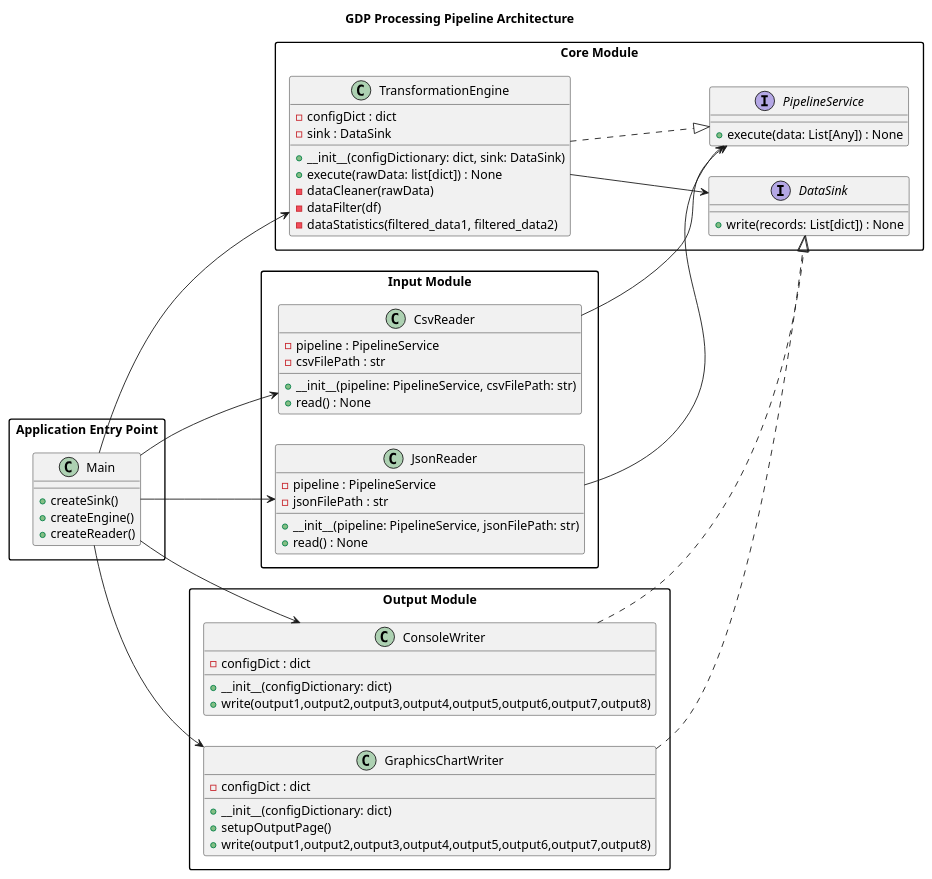
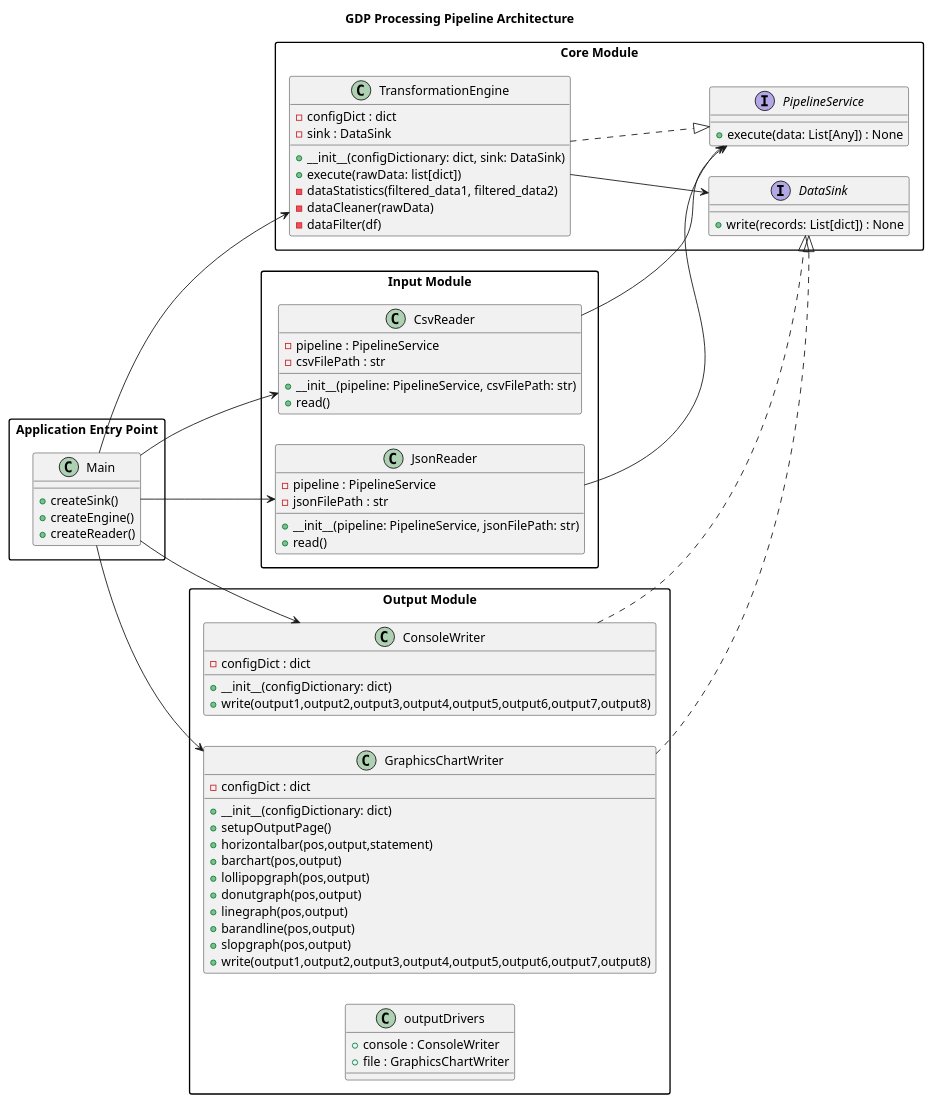
One commit to Laiba-Atiq/Functional-GDP-Analysis-Python changed the diagram in architecture.puml. Above: the diagram before and after it, drawn with PlantUML. The commit also changed 1 other file, not shown here.

Commit message:
corrected uml file

```diff
--- a/architecture.puml
+++ b/architecture.puml
@@ -1,85 +1,97 @@
 @startuml
 title GDP Processing Pipeline Architecture
 
 left to right direction
 skinparam packageStyle rectangle
 
 package "Core Module" {
 
     interface PipelineService {
         +execute(data: List[Any]) : None
     }
 
     interface DataSink {
         +write(records: List[dict]) : None
     }
 
     class TransformationEngine {
         -configDict : dict
         -sink : DataSink
         +__init__(configDictionary: dict, sink: DataSink)
-        +execute(rawData: list[dict]) : None
+        +execute(rawData: list[dict])
+        -dataStatistics(filtered_data1, filtered_data2)
         -dataCleaner(rawData)
         -dataFilter(df)
-        -dataStatistics(filtered_data1, filtered_data2)
     }
 
     TransformationEngine ..|> PipelineService
     TransformationEngine --> DataSink
 }
 
 package "Input Module" {
 
     class CsvReader {
         -pipeline : PipelineService
         -csvFilePath : str
         +__init__(pipeline: PipelineService, csvFilePath: str)
-        +read() : None
+        +read()
     }
 
     class JsonReader {
         -pipeline : PipelineService
         -jsonFilePath : str
         +__init__(pipeline: PipelineService, jsonFilePath: str)
-        +read() : None
+        +read()
     }
 
     CsvReader --> PipelineService
     JsonReader --> PipelineService
 }
 
 package "Output Module" {
 
     class ConsoleWriter {
         -configDict : dict
         +__init__(configDictionary: dict)
         +write(output1,output2,output3,output4,output5,output6,output7,output8)
     }
 
     class GraphicsChartWriter {
         -configDict : dict
         +__init__(configDictionary: dict)
         +setupOutputPage()
+        +horizontalbar(pos,output,statement)
+        +barchart(pos,output)
+        +lollipopgraph(pos,output)
+        +donutgraph(pos,output)
+        +linegraph(pos,output)
+        +barandline(pos,output)
+        +slopgraph(pos,output)
         +write(output1,output2,output3,output4,output5,output6,output7,output8)
+    }
+
+    class outputDrivers {
+        +console : ConsoleWriter
+        +file : GraphicsChartWriter
     }
 
     ConsoleWriter ..|> DataSink
     GraphicsChartWriter ..|> DataSink
 }
 
 package "Application Entry Point" {
 
     class Main {
         +createSink()
         +createEngine()
         +createReader()
     }
 
     Main --> TransformationEngine
     Main --> CsvReader
     Main --> JsonReader
     Main --> ConsoleWriter
     Main --> GraphicsChartWriter
 }
 
 @enduml
```
